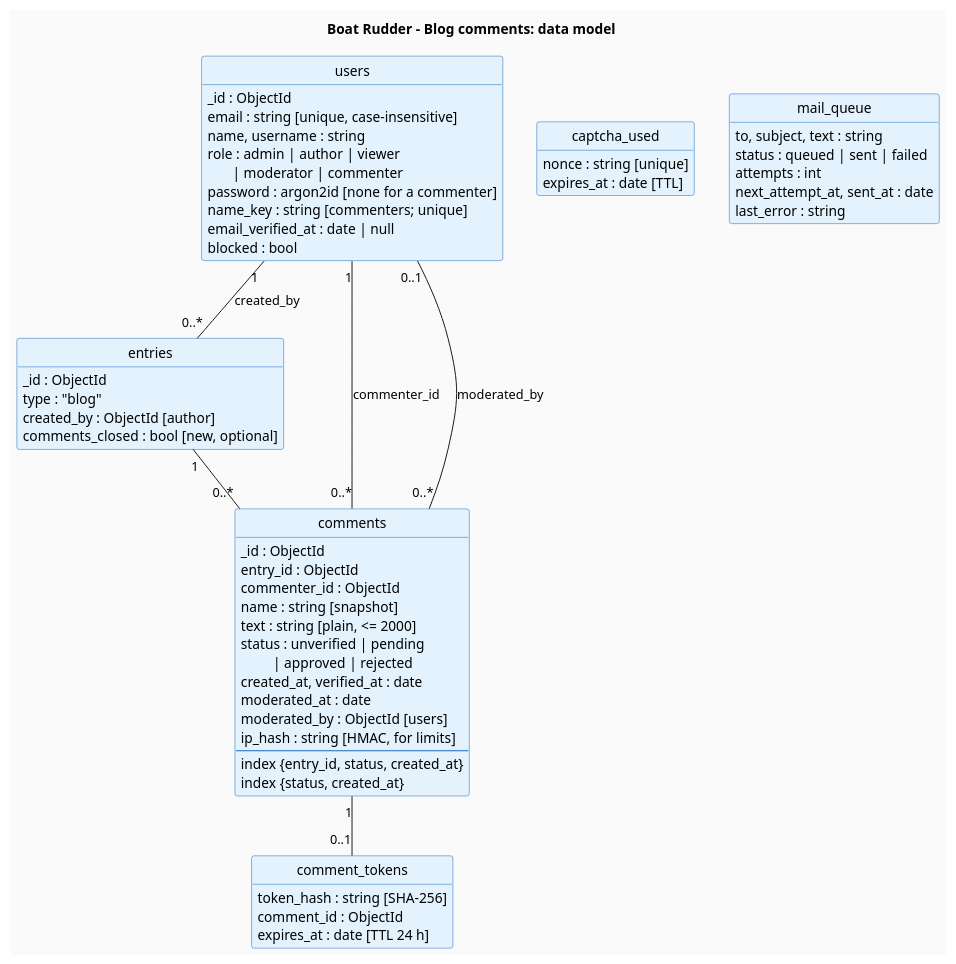
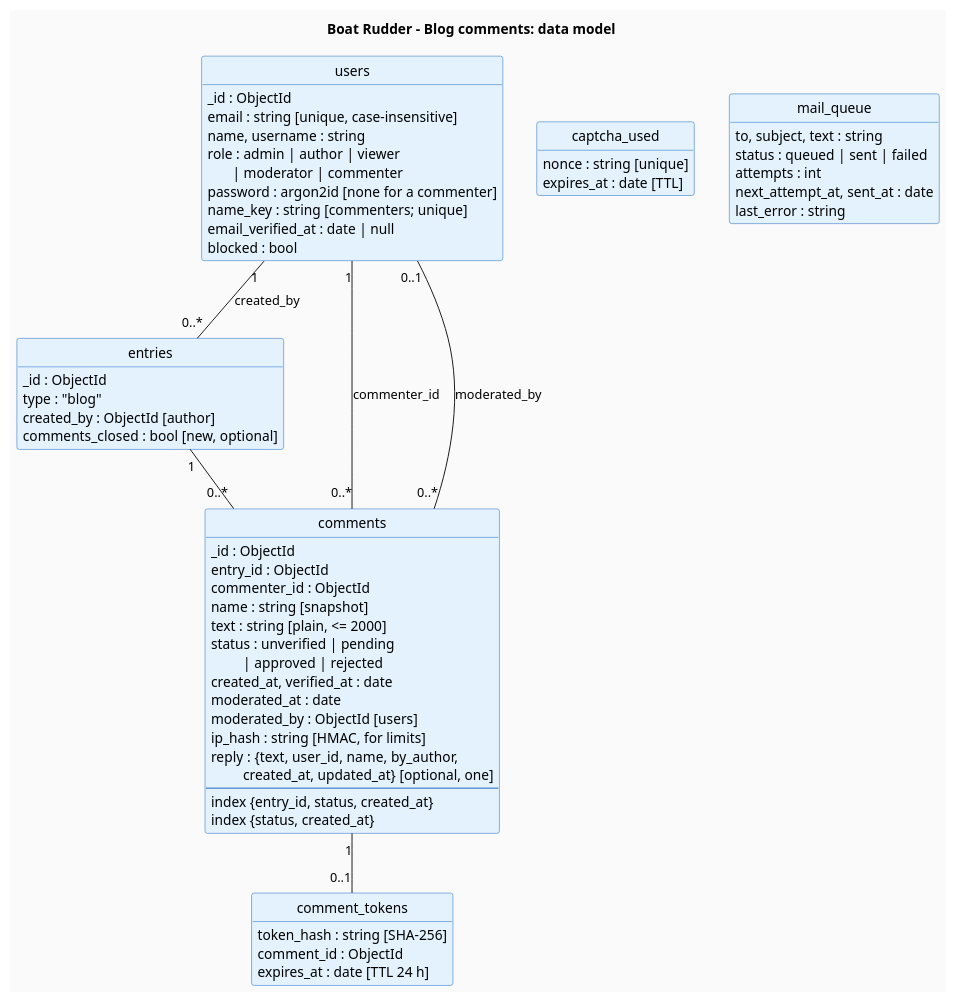
The diagram in develop_docs/diagrams/comments-data-model.puml (jpablotoledom/boat-rudder), drawn with PlantUML before and after one commit. The commit also changed 47 other files, not shown here.

```diff
--- a/develop_docs/diagrams/comments-data-model.puml
+++ b/develop_docs/diagrams/comments-data-model.puml
@@ -1,72 +1,73 @@
 @startuml comments-data-model
 
 title Boat Rudder - Blog comments: data model
 
 skinparam backgroundColor #FAFAFA
 skinparam class {
     BackgroundColor #E3F2FD
     BorderColor #1565C0
 }
 hide methods
 hide circle
 
 class entries {
     _id : ObjectId
     type : "blog"
     created_by : ObjectId [author]
     comments_closed : bool [new, optional]
 }
 
 class comments {
     _id : ObjectId
     entry_id : ObjectId
     commenter_id : ObjectId
     name : string [snapshot]
     text : string [plain, <= 2000]
     status : unverified | pending\n         | approved | rejected
     created_at, verified_at : date
     moderated_at : date
     moderated_by : ObjectId [users]
     ip_hash : string [HMAC, for limits]
+    reply : {text, user_id, name, by_author,\n         created_at, updated_at} [optional, one]
     --
     index {entry_id, status, created_at}
     index {status, created_at}
 }
 
 class comment_tokens {
     token_hash : string [SHA-256]
     comment_id : ObjectId
     expires_at : date [TTL 24 h]
 }
 
 class captcha_used {
     nonce : string [unique]
     expires_at : date [TTL]
 }
 
 class mail_queue {
     to, subject, text : string
     status : queued | sent | failed
     attempts : int
     next_attempt_at, sent_at : date
     last_error : string
 }
 
 class users {
     _id : ObjectId
     email : string [unique, case-insensitive]
     name, username : string
     role : admin | author | viewer\n       | moderator | commenter
     password : argon2id [none for a commenter]
     name_key : string [commenters; unique]
     email_verified_at : date | null
     blocked : bool
 }
 
 entries "1" -- "0..*" comments
 users "1" -- "0..*" comments : commenter_id
 comments "1" -- "0..1" comment_tokens
 users "0..1" -- "0..*" comments : moderated_by
 users "1" -- "0..*" entries : created_by
 
 @enduml
```
